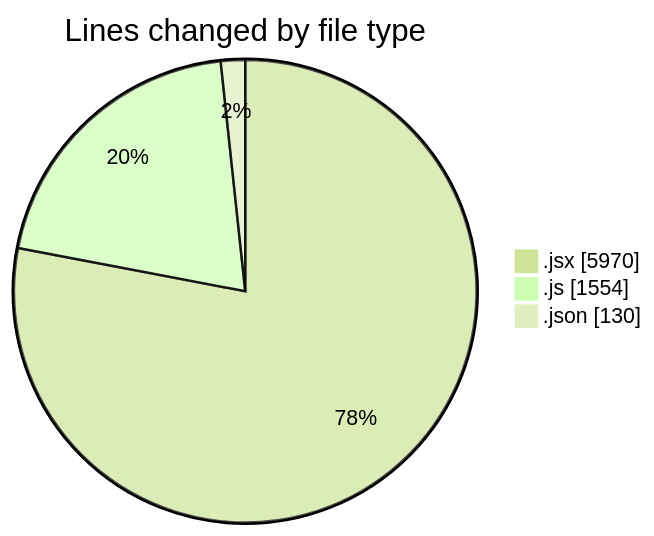
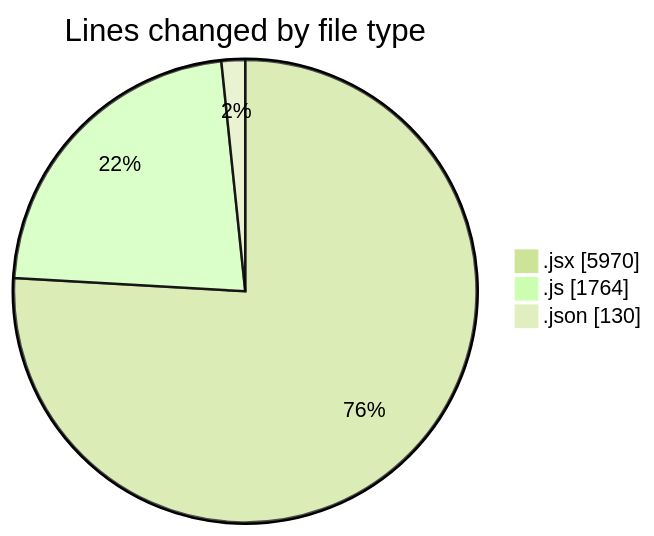
One commit to nxtqubesakshisongat/code-tracking changed the first of 2 diagrams in 2025-08-06/nxtqube_webapp/README.md. Above: the diagram before and after it, drawn with Mermaid (forest theme). The commit also changed other lines of this file and 1 other file, not shown here.

````diff
--- a/2025-08-06/nxtqube_webapp/README.md
+++ b/2025-08-06/nxtqube_webapp/README.md
@@ -29,7 +30,7 @@
 ```mermaid
 pie showData
 title Lines changed by file type
 ".jsx" : 5970
-".js" : 1554
+".js" : 1764
 ".json" : 130
 ```
````
